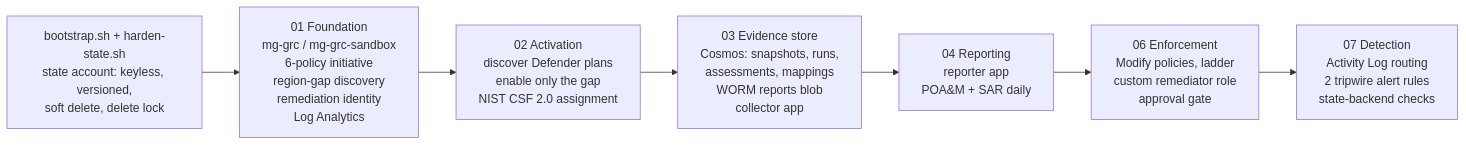
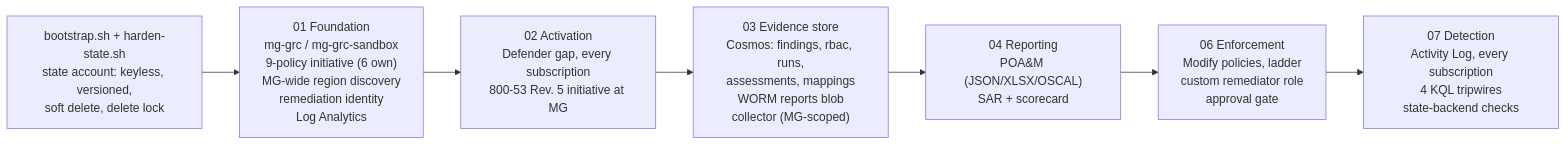
The diagram in README.md (ThePrivacyPrince/CGE-Azure-Capstone), drawn with Mermaid before and after one commit. The commit also changed other lines of this file and 7 other files, not shown here.

First line of the commit message:
docs: FAFO scenario, federal track, scale by scope, schema justification

````diff
--- a/README.md
+++ b/README.md
@@ -193,10 +252,10 @@
 ```mermaid
 flowchart LR
   B["bootstrap.sh + harden-state.sh<br/>state account: keyless, versioned,<br/>soft delete, delete lock"] --> S01
-  S01["01 Foundation<br/>mg-grc / mg-grc-sandbox<br/>6-policy initiative<br/>region-gap discovery<br/>remediation identity<br/>Log Analytics"] --> S02
-  S02["02 Activation<br/>discover Defender plans<br/>enable only the gap<br/>NIST CSF 2.0 assignment"] --> S03
-  S03["03 Evidence store<br/>Cosmos: snapshots, runs,<br/>assessments, mappings<br/>WORM reports blob<br/>collector app"] --> S04
-  S04["04 Reporting<br/>reporter app<br/>POA&M + SAR daily"] --> S06
+  S01["01 Foundation<br/>mg-grc / mg-grc-sandbox<br/>9-policy initiative (6 own)<br/>MG-wide region discovery<br/>remediation identity<br/>Log Analytics"] --> S02
+  S02["02 Activation<br/>Defender gap, every subscription<br/>800-53 Rev. 5 initiative at MG"] --> S03
+  S03["03 Evidence store<br/>Cosmos: findings, rbac, runs,<br/>assessments, mappings<br/>WORM reports blob<br/>collector (MG-scoped)"] --> S04
+  S04["04 Reporting<br/>POA&M (JSON/XLSX/OSCAL)<br/>SAR + scorecard"] --> S06
   S06["06 Enforcement<br/>Modify policies, ladder<br/>custom remediator role<br/>approval gate"] --> S07
-  S07["07 Detection<br/>Activity Log routing<br/>2 tripwire alert rules<br/>state-backend checks"]
+  S07["07 Detection<br/>Activity Log, every subscription<br/>4 KQL tripwires<br/>state-backend checks"]
 ```
````
